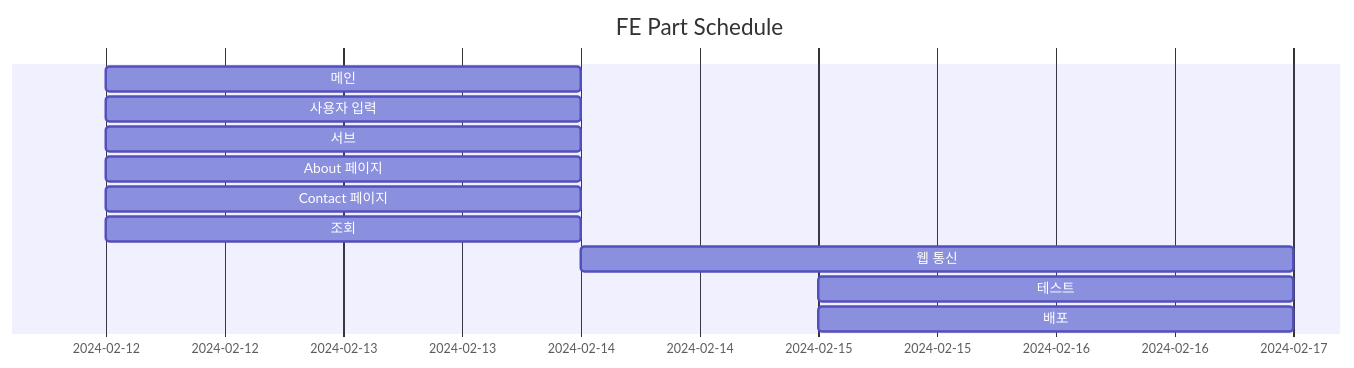
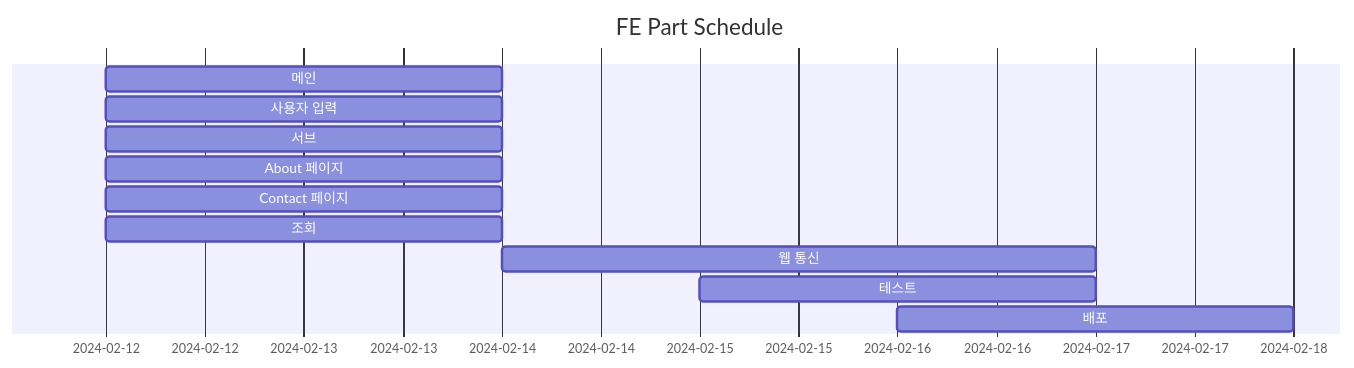
One commit to TheRealParkJoohyung/product-pricing changed the second of 2 diagrams in README.md. Above: the diagram before and after it, drawn with Mermaid.

````diff
--- a/README.md
+++ b/README.md
@@ -61,14 +61,14 @@
 ```mermaid
 gantt
     title FE Part Schedule
     dateFormat YYYY-MM-DD
     메인 :2024-02-12, 2d
     사용자 입력 :2024-02-12, 2d
     서브 :2024-02-12, 2d
     About 페이지 :2024-02-12, 2d
     Contact 페이지 :2024-02-12, 2d
     조회 :2024-02-12, 2d
     웹 통신 :2024-02-14, 3d
     테스트 :2024-02-15, 2d
-    배포 :2024-02-15, 2d
+    배포 :2024-02-16, 2d
 ```
````
